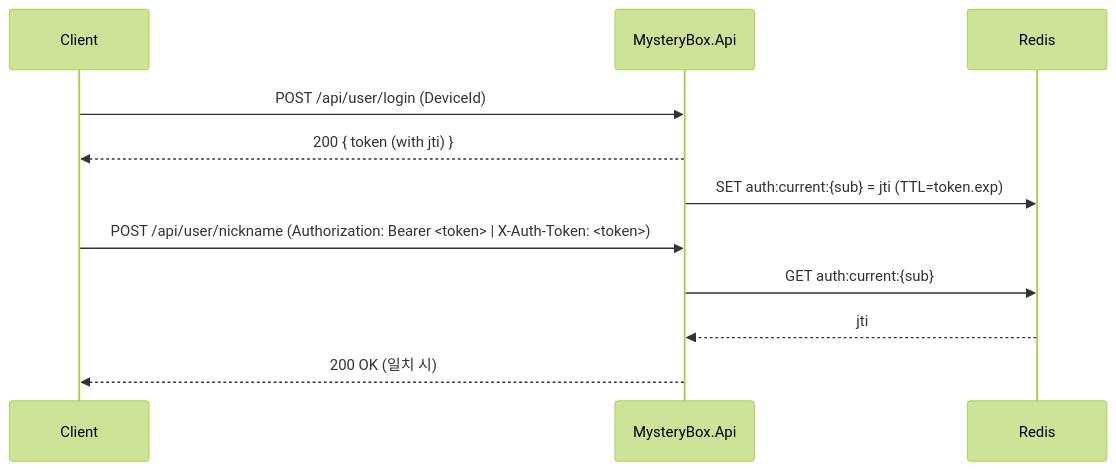
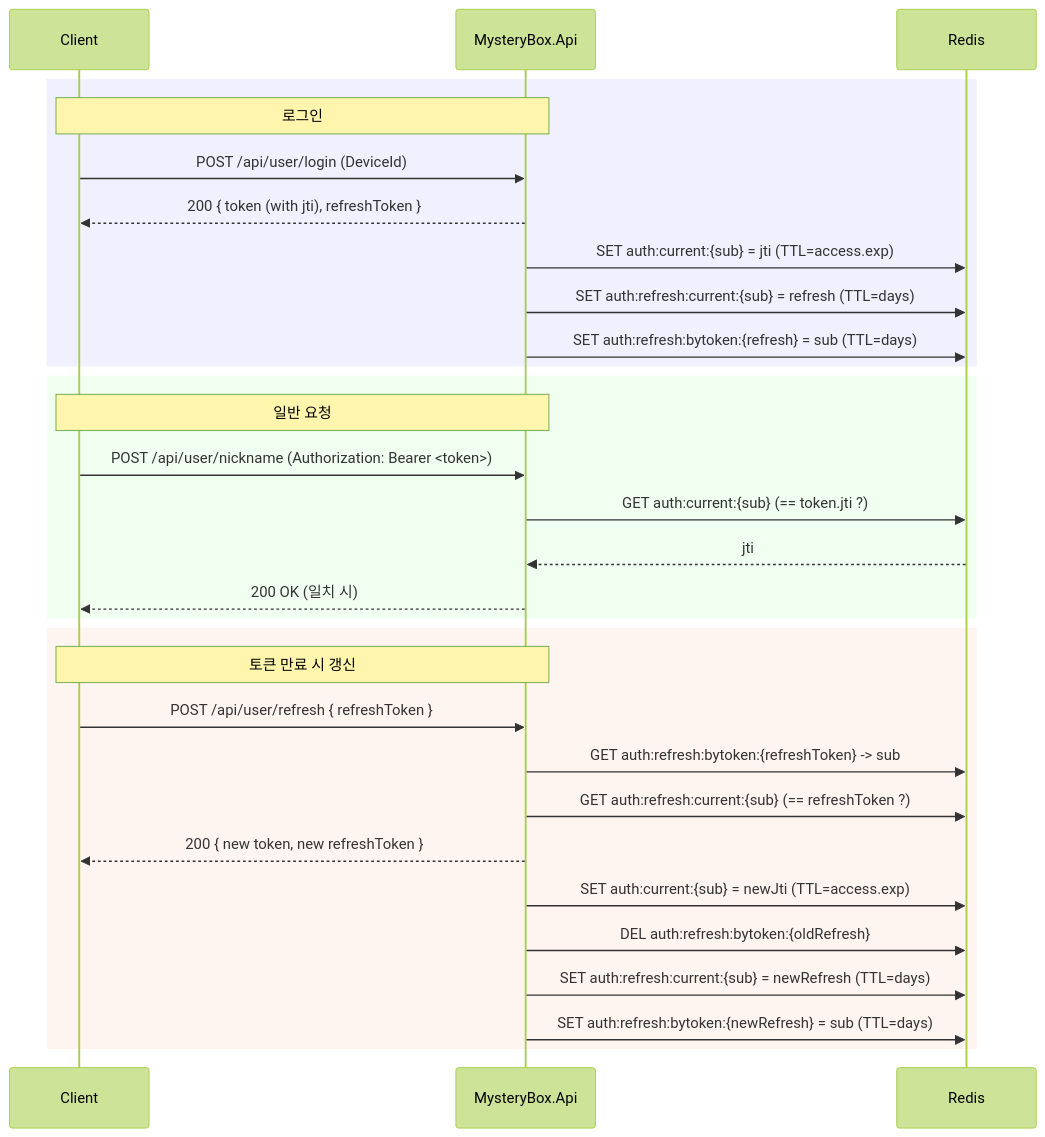
Before and after one commit to kil2405/EFCore_Mystery: the diagram in README.md, drawn with Mermaid (forest theme). The commit also changed other lines of this file, not shown here.

````diff
--- a/README.md
+++ b/README.md
@@ -115,15 +123,35 @@
 ```mermaid
 sequenceDiagram
   participant C as Client
   participant API as MysteryBox.Api
   participant R as Redis
 
+  rect rgb(240,240,255)
+  Note over C,API: 로그인
   C->>API: POST /api/user/login (DeviceId)
-  API-->>C: 200 { token (with jti) }
-  API->>R: SET auth:current:{sub} = jti (TTL=token.exp)
+  API-->>C: 200 { token (with jti), refreshToken }
+  API->>R: SET auth:current:{sub} = jti (TTL=access.exp)
+  API->>R: SET auth:refresh:current:{sub} = refresh (TTL=days)
+  API->>R: SET auth:refresh:bytoken:{refresh} = sub (TTL=days)
+  end
 
-  C->>API: POST /api/user/nickname (Authorization: Bearer <token> | X-Auth-Token: <token>)
-  API->>R: GET auth:current:{sub}
+  rect rgb(240,255,240)
+  Note over C,API: 일반 요청
+  C->>API: POST /api/user/nickname (Authorization: Bearer <token>)
+  API->>R: GET auth:current:{sub}  (== token.jti ?)
   R-->>API: jti
   API-->>C: 200 OK (일치 시)
+  end
+
+  rect rgb(255,245,240)
+  Note over C,API: 토큰 만료 시 갱신
+  C->>API: POST /api/user/refresh { refreshToken }
+  API->>R: GET auth:refresh:bytoken:{refreshToken} -> sub
+  API->>R: GET auth:refresh:current:{sub}  (== refreshToken ?)
+  API-->>C: 200 { new token, new refreshToken }
+  API->>R: SET auth:current:{sub} = newJti (TTL=access.exp)
+  API->>R: DEL auth:refresh:bytoken:{oldRefresh}
+  API->>R: SET auth:refresh:current:{sub} = newRefresh (TTL=days)
+  API->>R: SET auth:refresh:bytoken:{newRefresh} = sub (TTL=days)
+  end
 ```
````
